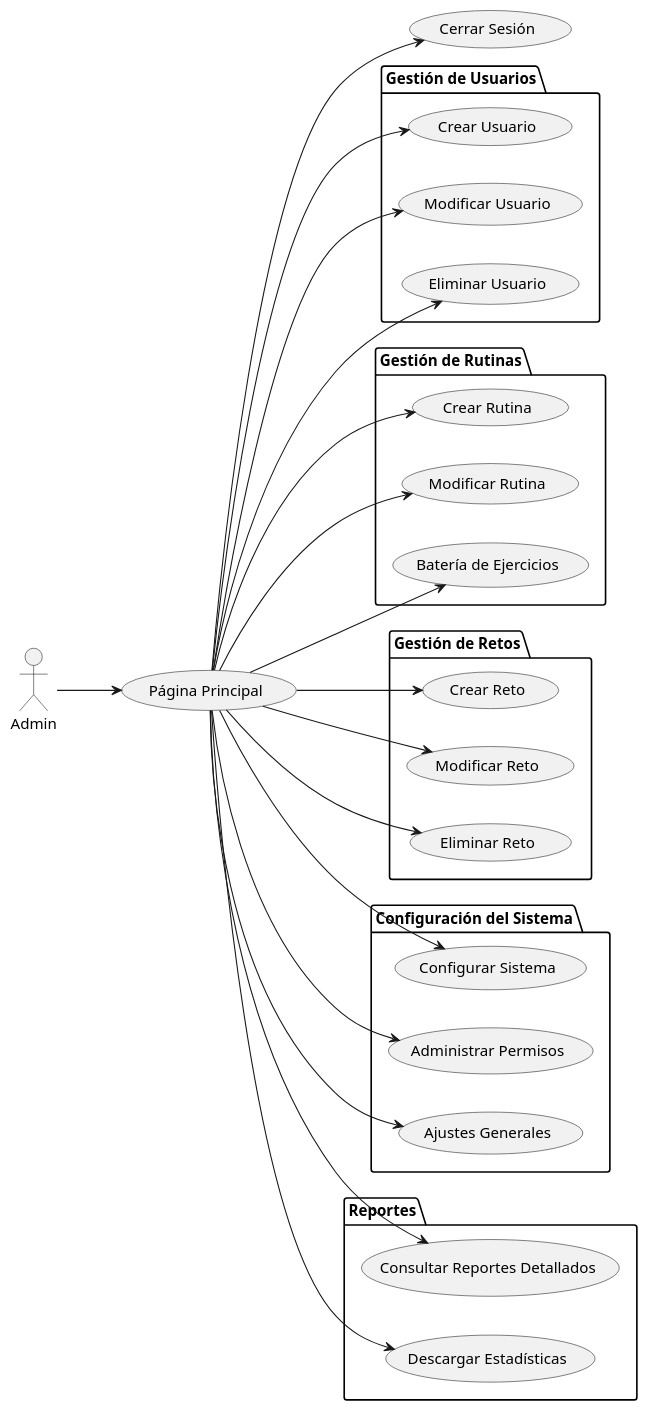
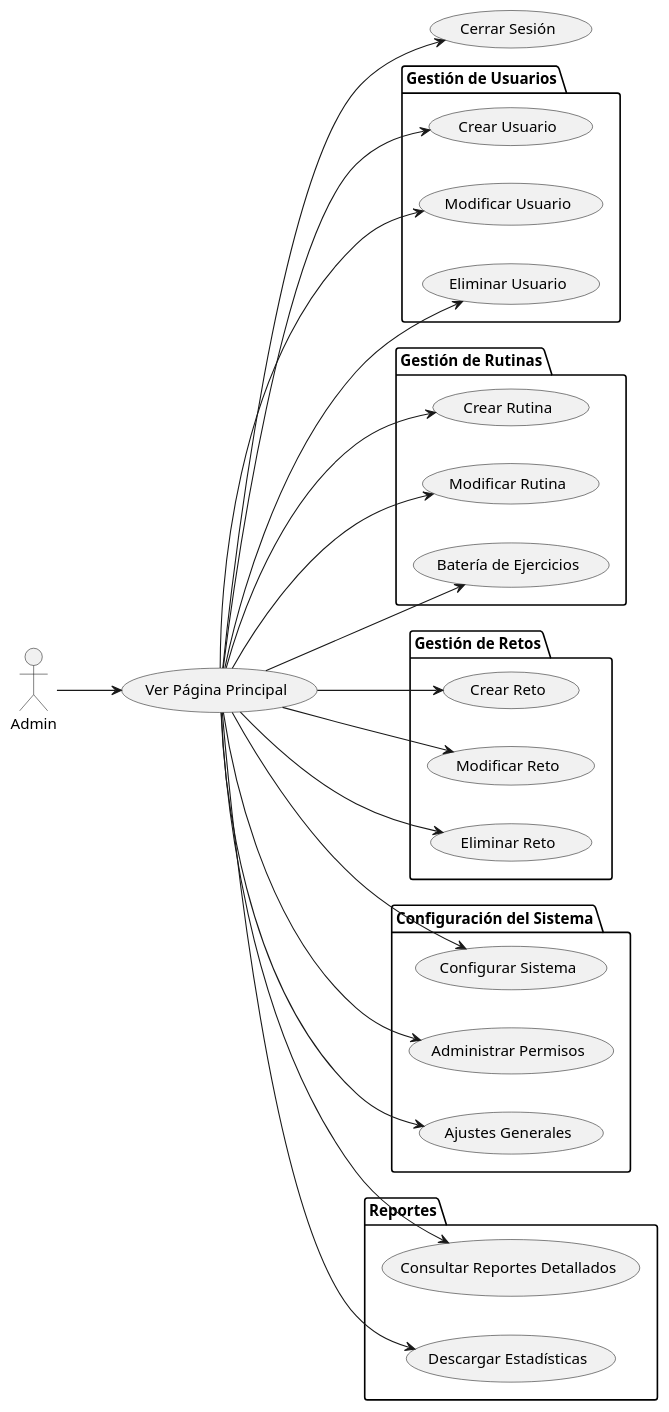
The diagram in Documentos/CasosUso/CdU_Admin.puml (mmasias/24-25-IdSw1-SDR), drawn with PlantUML before and after one commit.

```diff
--- a/Documentos/CasosUso/CdU_Admin.puml
+++ b/Documentos/CasosUso/CdU_Admin.puml
@@ -1,55 +1,55 @@
 @startuml CdU_Admin
 left to right direction
 
 actor Admin
 
 package "Gestión de Usuarios" {
     usecase "Crear Usuario" as CrearUsuario
     usecase "Modificar Usuario" as ModificarUsuario
     usecase "Eliminar Usuario" as EliminarUsuario
 }
 
 package "Gestión de Rutinas" {
     usecase "Crear Rutina" as CrearRutina
     usecase "Modificar Rutina" as ModificarRutina
     usecase "Batería de Ejercicios" as BateriaEjercicios
 }
 
 package "Gestión de Retos" {
     usecase "Crear Reto" as CrearReto
     usecase "Modificar Reto" as ModificarReto
     usecase "Eliminar Reto" as EliminarReto
 }
 
 package "Configuración del Sistema" {
     usecase "Configurar Sistema" as ConfigurarSistema
     usecase "Administrar Permisos" as AdministrarPermisos
     usecase "Ajustes Generales" as AjustesGenerales
 }
 
 package "Reportes" {
     usecase "Consultar Reportes Detallados" as ConsultarReportes
     usecase "Descargar Estadísticas" as DescargarEstadisticas
 }
 
-usecase "Página Principal" as PaginaPrincipal
+usecase "Ver Página Principal" as PaginaPrincipal
 usecase "Cerrar Sesión" as CerrarSesion
 
 Admin --> PaginaPrincipal
 PaginaPrincipal --> CrearUsuario
 PaginaPrincipal --> ModificarUsuario
 PaginaPrincipal --> EliminarUsuario
 PaginaPrincipal --> CrearRutina
 PaginaPrincipal --> ModificarRutina
 PaginaPrincipal --> BateriaEjercicios
 PaginaPrincipal --> CrearReto
 PaginaPrincipal --> ModificarReto
 PaginaPrincipal --> EliminarReto
 PaginaPrincipal --> ConfigurarSistema
 PaginaPrincipal --> AdministrarPermisos
 PaginaPrincipal --> AjustesGenerales
 PaginaPrincipal --> ConsultarReportes
 PaginaPrincipal --> DescargarEstadisticas
 PaginaPrincipal --> CerrarSesion
 
 @enduml
```
